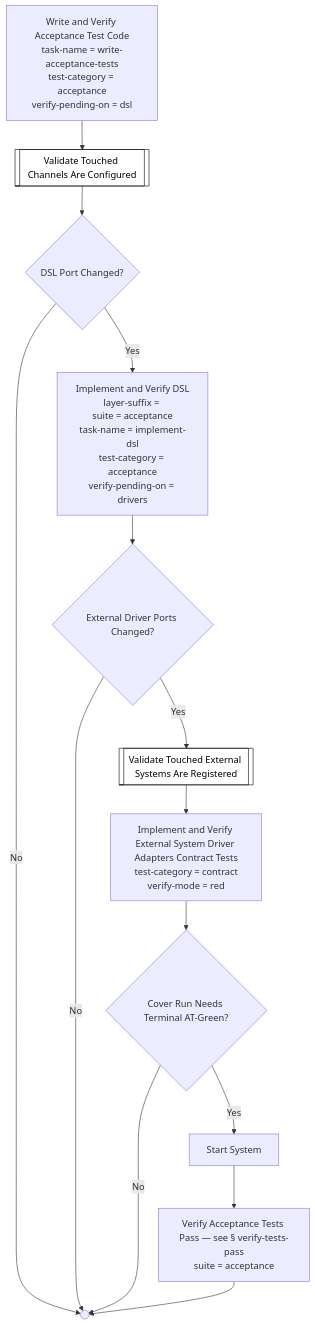
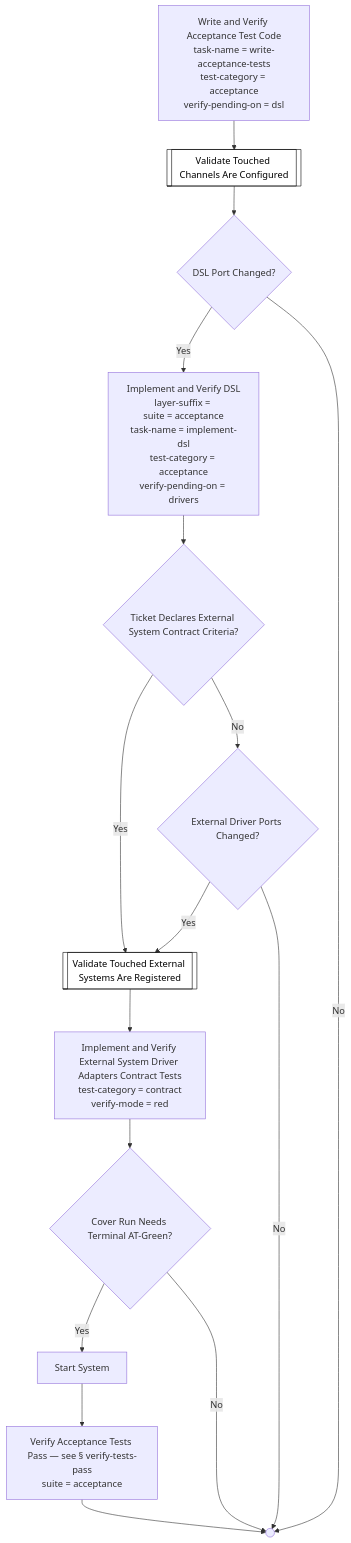
One commit to optivem/gh-optivem changed diagram 15 of 52 in docs/process-diagram.md. Above: the diagram before and after it, drawn with Mermaid. The commit also changed 1 other file, not shown here.

Commit message:
atdd: regenerate process-flow diagram

````diff
--- a/docs/process-diagram.md
+++ b/docs/process-diagram.md
@@ -287,31 +287,34 @@
 ```mermaid
 flowchart TD
     WRITE_AND_VERIFY_ACCEPTANCE_TEST_CODE["Write and Verify Acceptance Test Code<br/>task-name = write-acceptance-tests<br/>test-category = acceptance<br/>verify-pending-on = dsl"]
     VALIDATE_CHANNELS_REGISTERED[[Validate Touched Channels Are Configured]]
     GATE_DSL_PORT_CHANGED{DSL Port Changed?}
     IMPLEMENT_AND_VERIFY_DSL["Implement and Verify DSL<br/>layer-suffix = <br/>suite = acceptance<br/>task-name = implement-dsl<br/>test-category = acceptance<br/>verify-pending-on = drivers"]
     SHARED_CONTRACT_END(( ))
+    GATE_TICKET_HAS_ESCC{Ticket Declares External System Contract Criteria?}
+    VALIDATE_EXTERNAL_SYSTEMS_REGISTERED[[Validate Touched External Systems Are Registered]]
     GATE_EXTERNAL_DRIVER_PORTS_CHANGED{External Driver Ports Changed?}
-    VALIDATE_EXTERNAL_SYSTEMS_REGISTERED[[Validate Touched External Systems Are Registered]]
     IMPLEMENT_AND_VERIFY_EXTERNAL_DRIVER_ADAPTERS["Implement and Verify External System Driver Adapters Contract Tests<br/>test-category = contract<br/>verify-mode = red"]
     GATE_AT_TERMINAL_GREEN{Cover Run Needs Terminal AT-Green?}
     START_SYSTEM_AT_TERMINAL[Start System]
     VERIFY_TESTS_PASS_ACCEPTANCE_TERMINAL["Verify Acceptance Tests Pass — see § verify-tests-pass<br/>suite = acceptance"]
 
     WRITE_AND_VERIFY_ACCEPTANCE_TEST_CODE --> VALIDATE_CHANNELS_REGISTERED
     VALIDATE_CHANNELS_REGISTERED --> GATE_DSL_PORT_CHANGED
     GATE_DSL_PORT_CHANGED -- Yes --> IMPLEMENT_AND_VERIFY_DSL
     GATE_DSL_PORT_CHANGED -- No --> SHARED_CONTRACT_END
-    IMPLEMENT_AND_VERIFY_DSL --> GATE_EXTERNAL_DRIVER_PORTS_CHANGED
+    IMPLEMENT_AND_VERIFY_DSL --> GATE_TICKET_HAS_ESCC
+    GATE_TICKET_HAS_ESCC -- Yes --> VALIDATE_EXTERNAL_SYSTEMS_REGISTERED
+    GATE_TICKET_HAS_ESCC -- No --> GATE_EXTERNAL_DRIVER_PORTS_CHANGED
     GATE_EXTERNAL_DRIVER_PORTS_CHANGED -- Yes --> VALIDATE_EXTERNAL_SYSTEMS_REGISTERED
     GATE_EXTERNAL_DRIVER_PORTS_CHANGED -- No --> SHARED_CONTRACT_END
     VALIDATE_EXTERNAL_SYSTEMS_REGISTERED --> IMPLEMENT_AND_VERIFY_EXTERNAL_DRIVER_ADAPTERS
     IMPLEMENT_AND_VERIFY_EXTERNAL_DRIVER_ADAPTERS --> GATE_AT_TERMINAL_GREEN
     GATE_AT_TERMINAL_GREEN -- Yes --> START_SYSTEM_AT_TERMINAL
     GATE_AT_TERMINAL_GREEN -- No --> SHARED_CONTRACT_END
     START_SYSTEM_AT_TERMINAL --> VERIFY_TESTS_PASS_ACCEPTANCE_TERMINAL
     VERIFY_TESTS_PASS_ACCEPTANCE_TERMINAL --> SHARED_CONTRACT_END
 
     classDef serviceNode fill:#ffffff,stroke:#000000,stroke-width:1px,color:#000000
     class VALIDATE_CHANNELS_REGISTERED,VALIDATE_EXTERNAL_SYSTEMS_REGISTERED serviceNode
 ```
````
